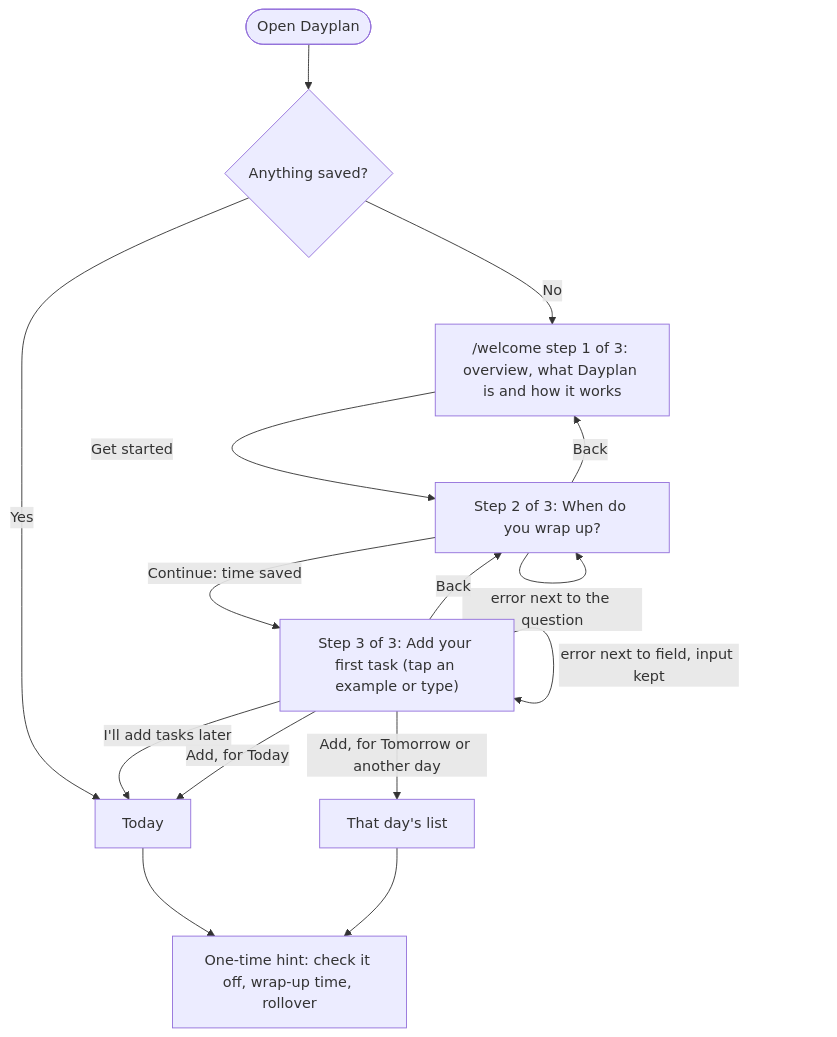
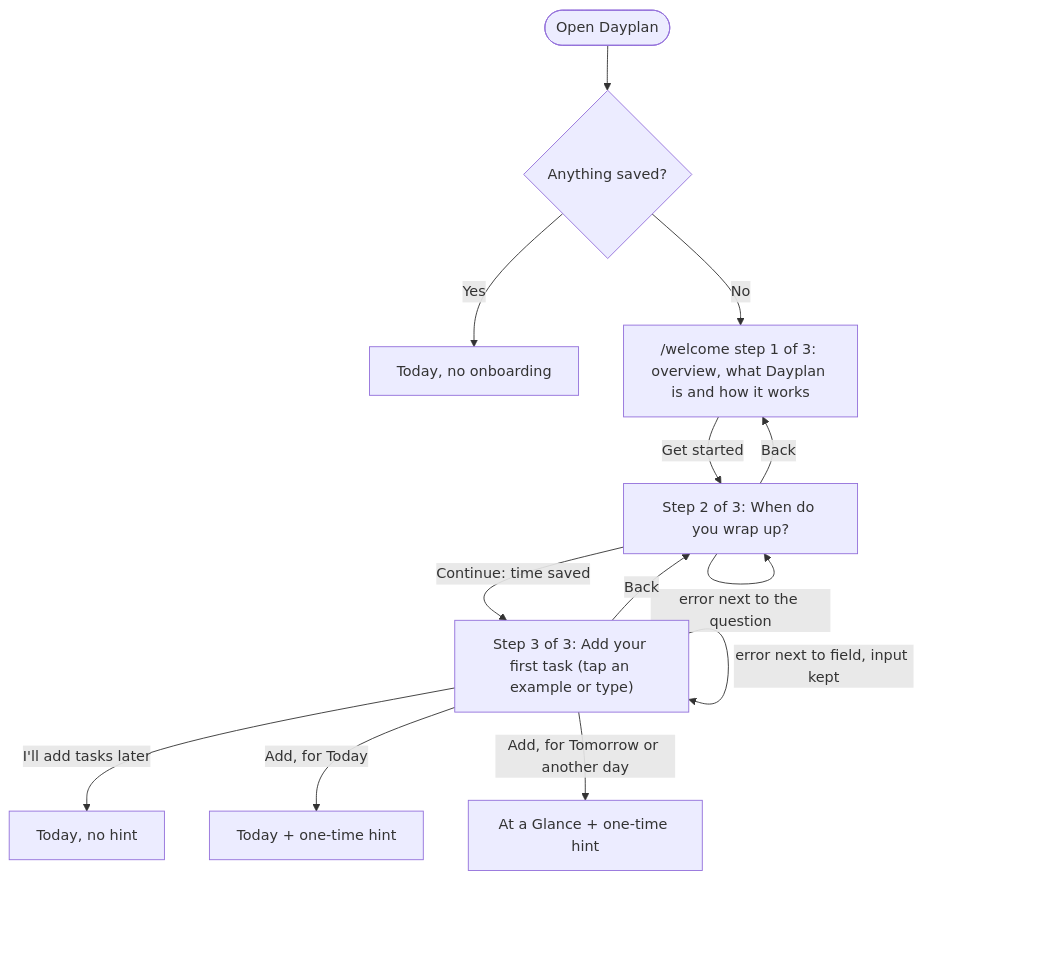
One commit to neilpandya01/hw3-dbs changed the first of 3 diagrams in flows.md. Above: the diagram before and after it, drawn with Mermaid. The commit also changed 1 other file, not shown here.

Commit message:
fix first-visit diagrams: separate end boxes, hint only after adding a task

````diff
--- a/flows.md
+++ b/flows.md
@@ -9,17 +9,15 @@
 ```mermaid
 flowchart TD
   A([Open Dayplan]) --> B{Anything saved?}
-  B -- Yes --> T[Today]
+  B -- Yes --> T[Today, no onboarding]
   B -- No --> W0["/welcome step 1 of 3: overview, what Dayplan is and how it works"]
   W0 -- Get started --> W1["Step 2 of 3: When do you wrap up?"]
   W1 -- Back --> W0
   W1 -- error next to the question --> W1
   W1 -- Continue: time saved --> W2["Step 3 of 3: Add your first task (tap an example or type)"]
   W2 -- Back --> W1
   W2 -- error next to field, input kept --> W2
-  W2 -- "I'll add tasks later" --> T
-  W2 -- Add, for Today --> T
-  W2 -- Add, for Tomorrow or another day --> D["That day's list"]
-  T --> H[One-time hint: check it off, wrap-up time, rollover]
-  D --> H
+  W2 -- "I'll add tasks later" --> E[Today, no hint]
+  W2 -- Add, for Today --> H[Today + one-time hint]
+  W2 -- Add, for Tomorrow or another day --> D[At a Glance + one-time hint]
 ```
````
